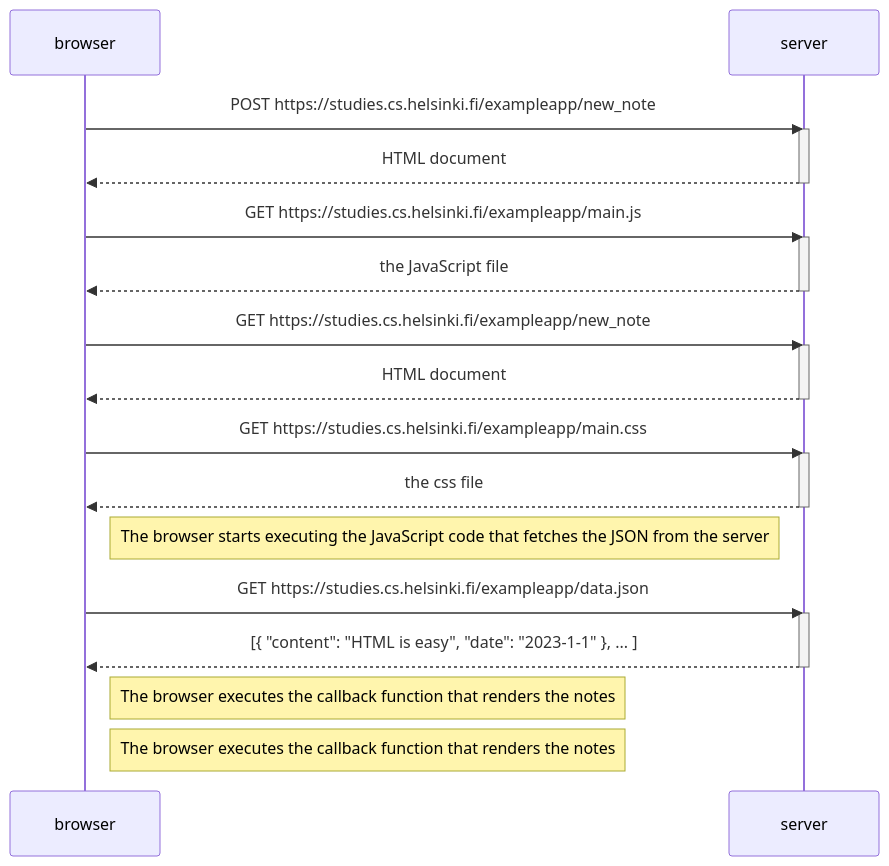
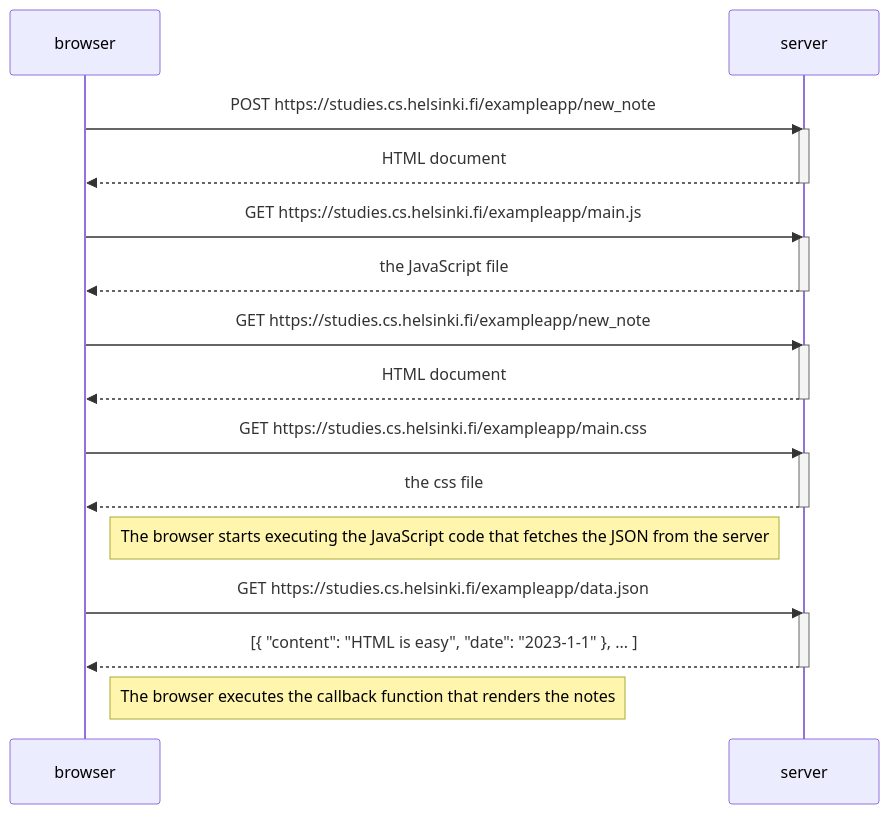
Before and after one commit to byteGabo/wordtest: the diagram in README.md, drawn with Mermaid.

````diff
--- a/README.md
+++ b/README.md
@@ -1,39 +1,37 @@
  ```mermaid
 
 sequenceDiagram
     participant browser
     participant server
 
     browser->>server: POST https://studies.cs.helsinki.fi/exampleapp/new_note
     activate server
     server-->>browser: HTML document
     deactivate server
 
     browser->>server: GET https://studies.cs.helsinki.fi/exampleapp/main.js
     activate server
     server-->>browser: the JavaScript file
     deactivate server
 
     browser->>server: GET https://studies.cs.helsinki.fi/exampleapp/new_note
     activate server
     server-->>browser: HTML document
     deactivate server
 
     browser->>server: GET https://studies.cs.helsinki.fi/exampleapp/main.css
     activate server
     server-->>browser: the css file
     deactivate server
 
     Note right of browser: The browser starts executing the JavaScript code that fetches the JSON from the server
 
     browser->>server: GET https://studies.cs.helsinki.fi/exampleapp/data.json
     activate server
     server-->>browser: [{ "content": "HTML is easy", "date": "2023-1-1" }, ... ]
     deactivate server
 
     Note right of browser: The browser executes the callback function that renders the notes
 
-    Note right of browser: The browser executes the callback function that renders the notes
-
 
 ```
````
